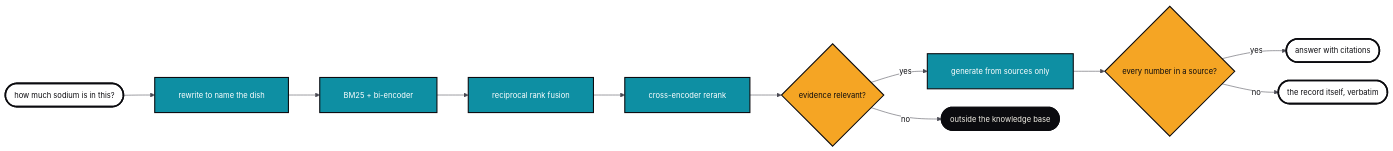
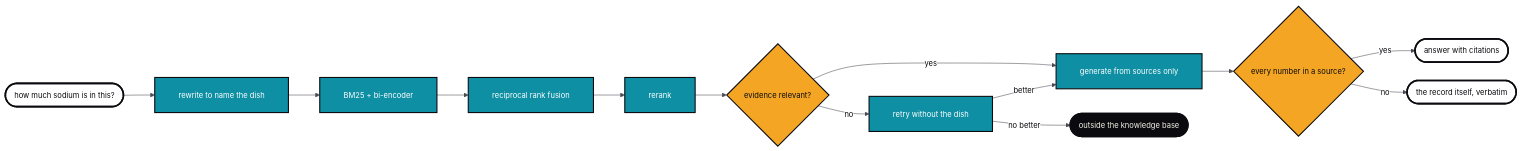
Before and after one commit to A-K-M-Asifuzzaman/Food: the second of 3 diagrams in README.md, drawn with Mermaid. The commit also changed other lines of this file and 20 other files, not shown here.

````diff
--- a/README.md
+++ b/README.md
@@ -214,35 +214,38 @@
 ```mermaid
 %%{init: {'theme':'base','themeVariables':{
   'fontFamily':'ui-sans-serif, system-ui, sans-serif','fontSize':'14px',
   'primaryColor':'#ffffff','primaryTextColor':'#0b0b0f','primaryBorderColor':'#0b0b0f',
   'lineColor':'#4b4b55'},
   'flowchart':{'curve':'basis','padding':22,'nodeSpacing':34,'rankSpacing':58}}}%%
 flowchart LR
     Q(["how much sodium is in this?"])
     RW["rewrite to name the dish"]
     HYB["BM25 + bi-encoder"]
     RRF["reciprocal rank fusion"]
-    RR["cross-encoder rerank"]
+    RR["rerank"]
     CRAG{"evidence relevant?"}
+    RELAX["retry without the dish"]
     GEN["generate from sources only"]
     GATE{"every number in a source?"}
     ANS(["answer with citations"])
     TPL(["the record itself, verbatim"])
     NONE(["outside the knowledge base"])
 
     Q --> RW --> HYB --> RRF --> RR --> CRAG
     CRAG -- "yes" --> GEN --> GATE
-    CRAG -- "no" --> NONE
+    CRAG -- "no" --> RELAX
+    RELAX -- "better" --> GEN
+    RELAX -- "no better" --> NONE
     GATE -- "yes" --> ANS
     GATE -- "no" --> TPL
 
     classDef prep fill:#0e8fa3,stroke:#0b0b0f,stroke-width:2px,color:#ffffff
     classDef gate fill:#f5a524,stroke:#0b0b0f,stroke-width:2px,color:#0b0b0f
     classDef term fill:#ffffff,stroke:#0b0b0f,stroke-width:3px,color:#0b0b0f
     classDef refuse fill:#0b0b0f,stroke:#0b0b0f,stroke-width:2px,color:#f4f1e8
 
-    class RW,HYB,RRF,RR,GEN prep
+    class RW,HYB,RRF,RR,RELAX,GEN prep
     class CRAG,GATE gate
     class Q,ANS,TPL term
     class NONE refuse
 ```
````
